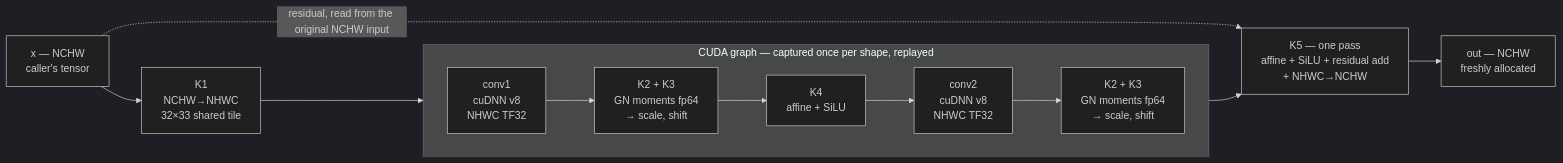
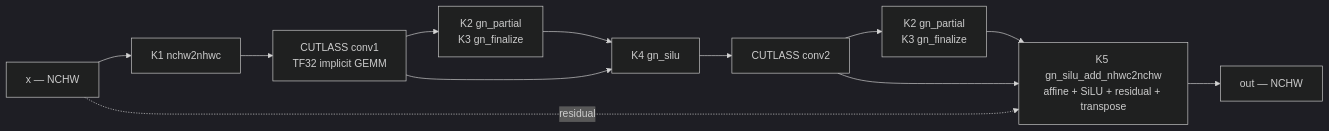
One commit to AppleJack9050/KernelMem changed the diagram in REPORT_002_vae_resblock.md. Above: the diagram before and after it, drawn with Mermaid (dark theme). The commit also changed other lines of this file and 32 other files, not shown here.

````diff
--- a/REPORT_002_vae_resblock.md
+++ b/REPORT_002_vae_resblock.md
@@ -346,15 +325,14 @@
 ```mermaid
 flowchart LR
-    X["x — NCHW<br/>caller's tensor"] --> K1["K1<br/>NCHW→NHWC<br/>32×33 shared tile"]
-    K1 --> C1
-    subgraph G["CUDA graph — captured once per shape, replayed"]
-      direction LR
-      C1["conv1<br/>cuDNN v8<br/>NHWC TF32"] --> S1["K2 + K3<br/>GN moments fp64<br/>→ scale, shift"]
-      S1 --> K4["K4<br/>affine + SiLU"]
-      K4 --> C2["conv2<br/>cuDNN v8<br/>NHWC TF32"]
-      C2 --> S2["K2 + K3<br/>GN moments fp64<br/>→ scale, shift"]
-    end
-    S2 --> K5["K5 — one pass<br/>affine + SiLU + residual add<br/>+ NHWC→NCHW"]
-    X -. "residual, read from the original NCHW input" .-> K5
-    K5 --> OUT["out — NCHW<br/>freshly allocated"]
+  X["x — NCHW"] --> K1["K1 nchw2nhwc"]
+  K1 --> C1["CUTLASS conv1<br/>TF32 implicit GEMM"]
+  C1 --> M1["K2 gn_partial<br/>K3 gn_finalize"]
+  M1 --> K4["K4 gn_silu"]
+  C1 --> K4
+  K4 --> C2["CUTLASS conv2"]
+  C2 --> M2["K2 gn_partial<br/>K3 gn_finalize"]
+  M2 --> K5["K5 gn_silu_add_nhwc2nchw<br/>affine + SiLU + residual + transpose"]
+  C2 --> K5
+  X -. "residual" .-> K5
+  K5 --> O["out — NCHW"]
 ```
````
